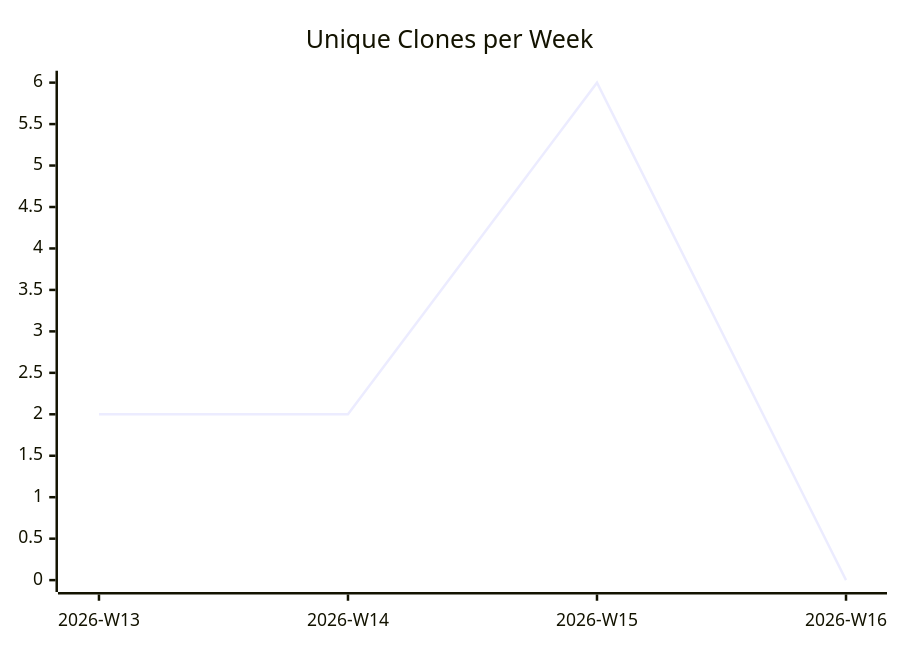
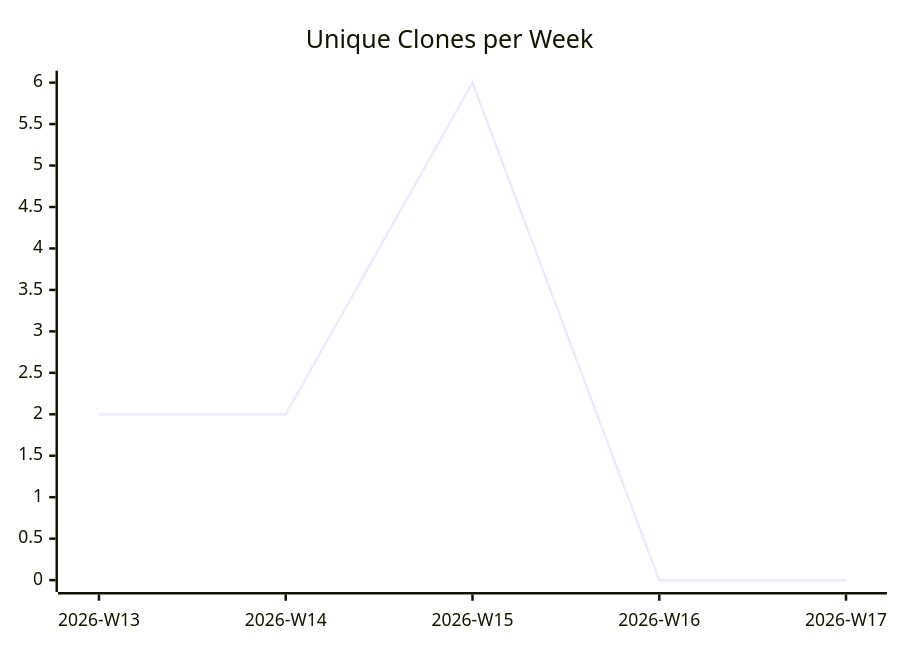
Before and after one commit to justdavis-family/github-analytics-data: the third of 3 diagrams in karlmdavis/m2e-core-tests/README.md, drawn with Mermaid. The commit also changed other lines of this file and 192 other files, not shown here.

````diff
--- a/karlmdavis/m2e-core-tests/README.md
+++ b/karlmdavis/m2e-core-tests/README.md
@@ -19,6 +19,6 @@
 ```mermaid
 xychart-beta
   title "Unique Clones per Week"
-  x-axis ["2026-W13", "2026-W14", "2026-W15", "2026-W16"]
-  line [2, 2, 6, 0]
+  x-axis ["2026-W13", "2026-W14", "2026-W15", "2026-W16", "2026-W17"]
+  line [2, 2, 6, 0, 0]
 ```
````
